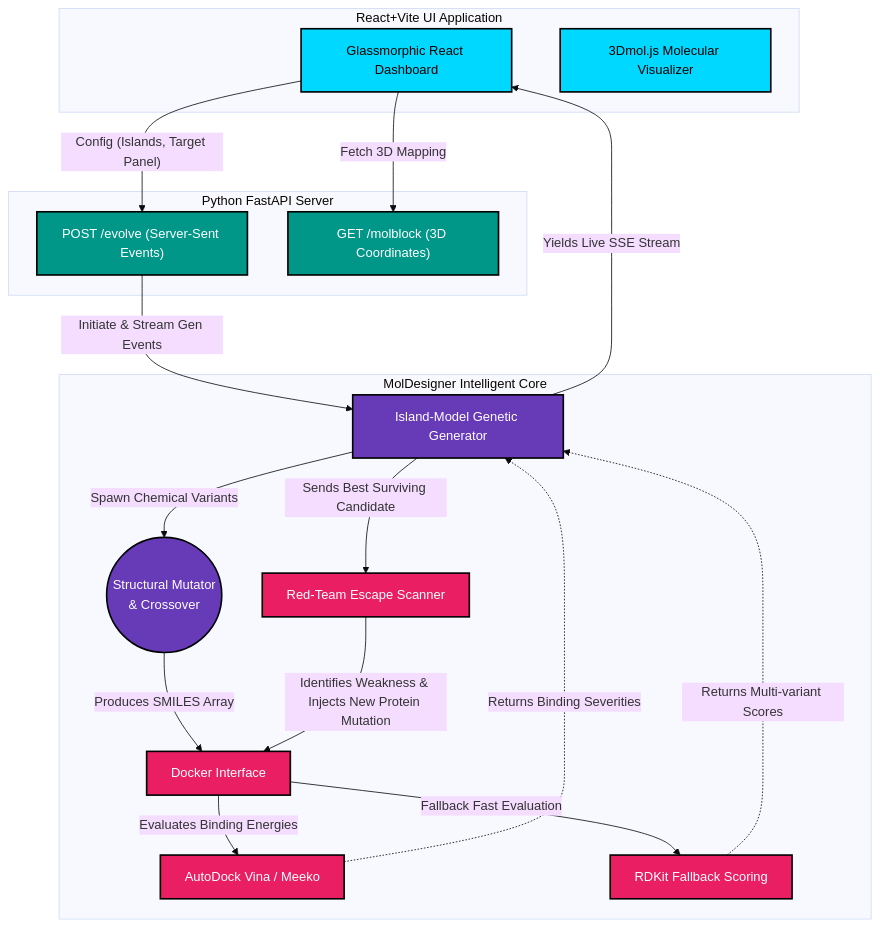
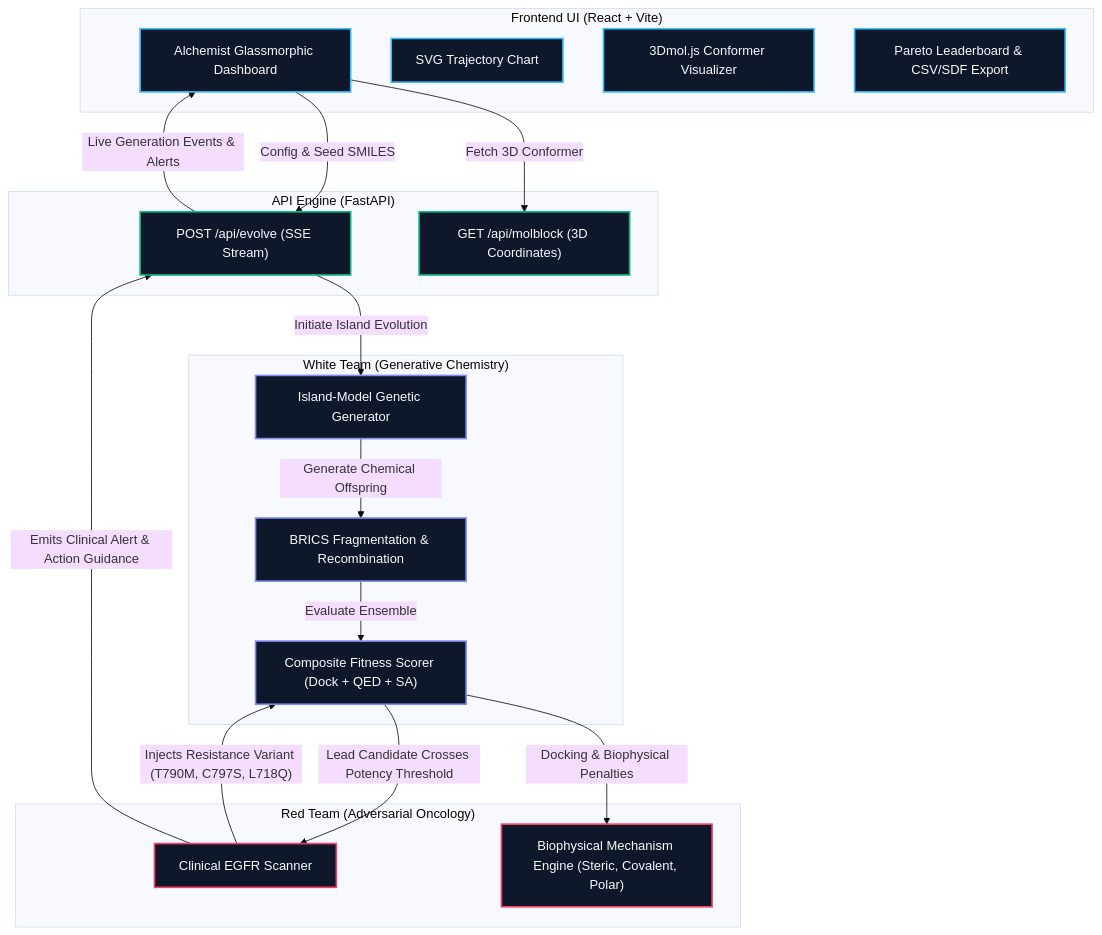
The diagram in README.md (Mridul-06-stack/MOL-DESIGNER), drawn with Mermaid (base theme) before and after one commit. The commit also changed other lines of this file and 3 other files, not shown here.

````diff
--- a/README.md
+++ b/README.md
@@ -11,50 +11,44 @@
 ```mermaid
 graph TD
-    %% Define Styles
-    classDef react fill:#00d8ff,stroke:#000,stroke-width:2px,color:#000;
-    classDef fastAPI fill:#009688,stroke:#000,stroke-width:2px,color:#fff;
-    classDef ai fill:#673ab7,stroke:#000,stroke-width:2px,color:#fff;
-    classDef bio fill:#e91e63,stroke:#000,stroke-width:2px,color:#fff;
+    classDef react fill:#0f172a,stroke:#38bdf8,stroke-width:2px,color:#f8fafc;
+    classDef fastAPI fill:#0f172a,stroke:#10b981,stroke-width:2px,color:#f8fafc;
+    classDef whiteTeam fill:#0f172a,stroke:#818cf8,stroke-width:2px,color:#f8fafc;
+    classDef redTeam fill:#0f172a,stroke:#f43f5e,stroke-width:2px,color:#f8fafc;
 
-    subgraph Frontend [React+Vite UI Application]
-        UI["Glassmorphic React Dashboard"]:::react
-        Viewer["3Dmol.js Molecular Visualizer"]:::react
+    subgraph Frontend ["Frontend UI (React + Vite)"]
+        UI["Alchemist Glassmorphic Dashboard"]:::react
+        Trajectory["SVG Trajectory Chart"]:::react
+        Viewer["3Dmol.js Conformer Visualizer"]:::react
+        Leaderboard["Pareto Leaderboard & CSV/SDF Export"]:::react
     end
 
-    subgraph Backend [Python FastAPI Server]
-        API["POST /evolve (Server-Sent Events)"]:::fastAPI
-        MolAPI["GET /molblock (3D Coordinates)"]:::fastAPI
+    subgraph Backend ["API Engine (FastAPI)"]
+        API["POST /api/evolve (SSE Stream)"]:::fastAPI
+        MolAPI["GET /api/molblock (3D Coordinates)"]:::fastAPI
     end
 
-    subgraph Core [MolDesigner Intelligent Core]
-        Gen["Island-Model Genetic Generator"]:::ai
-        Mutate(("Structural Mutator\n& Crossover")):::ai
-        
-        Dock["Docker Interface"]:::bio
-        Vina["AutoDock Vina / Meeko"]:::bio
-        RDKit["RDKit Fallback Scoring"]:::bio
-        
-        Scanner["Red-Team Escape Scanner"]:::bio
+    subgraph WhiteTeam ["White Team (Generative Chemistry)"]
+        GA["Island-Model Genetic Generator"]:::whiteTeam
+        BRICS["BRICS Fragmentation & Recombination"]:::whiteTeam
+        Scorer["Composite Fitness Scorer (Dock + QED + SA)"]:::whiteTeam
     end
 
-    %% Flow Dynamics
-    UI -- "Config (Islands, Target Panel)" --> API
-    UI -- "Fetch 3D Mapping" --> MolAPI
-    
-    API -- "Initiate & Stream Gen Events" --> Gen
-    
-    Gen -- "Spawn Chemical Variants" --> Mutate
-    Mutate -- "Produces SMILES Array" --> Dock
-    
-    Dock -- "Evaluates Binding Energies" --> Vina
-    Dock -- "Fallback Fast Evaluation" --> RDKit
-    
-    Vina -. "Returns Binding Severities" .-> Gen
-    RDKit -. "Returns Multi-variant Scores" .-> Gen
-    
-    %% Adversarial Loop
-    Gen -- "Sends Best Surviving Candidate" --> Scanner
-    Scanner -- "Identifies Weakness & Injects New Protein Mutation" --> Dock
-    
-    Gen -- "Yields Live SSE Stream" --> UI
+    subgraph RedTeam ["Red Team (Adversarial Oncology)"]
+        Scanner["Clinical EGFR Scanner"]:::redTeam
+        Mechanisms["Biophysical Mechanism Engine (Steric, Covalent, Polar)"]:::redTeam
+    end
+
+    UI -- "Config & Seed SMILES" --> API
+    API -- "Initiate Island Evolution" --> GA
+    GA -- "Generate Chemical Offspring" --> BRICS
+    BRICS -- "Evaluate Ensemble" --> Scorer
+    Scorer -- "Docking & Biophysical Penalties" --> Mechanisms
+
+    %% Adversarial Injections
+    Scorer -- "Lead Candidate Crosses Potency Threshold" --> Scanner
+    Scanner -- "Injects Resistance Variant (T790M, C797S, L718Q)" --> Scorer
+    Scanner -- "Emits Clinical Alert & Action Guidance" --> API
+
+    API -- "Live Generation Events & Alerts" --> UI
+    UI -- "Fetch 3D Conformer" --> MolAPI
 ```
````
